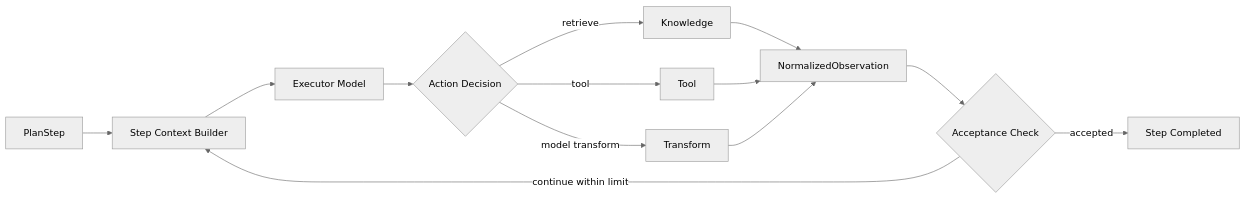
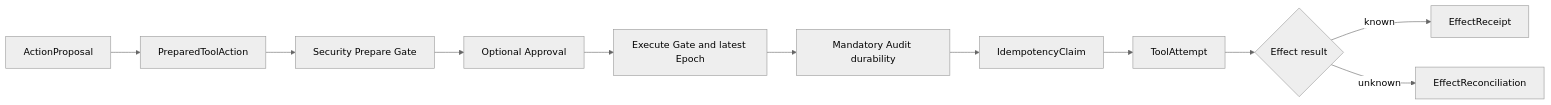
One commit to ProfessorZhi/Zuno changed the ninth of 30 diagrams in docs/architecture/architecture-views.md. Above: the diagram before and after it, drawn with Mermaid (neutral theme). The commit also changed other lines of this file and 14 other files, not shown here.

Commit message:
docs: align total architecture with canonical module designs

````diff
--- a/docs/architecture/architecture-views.md
+++ b/docs/architecture/architecture-views.md
@@ -163,11 +139,13 @@
 ```mermaid
 flowchart LR
-  Step[PlanStep] --> Prompt[Step Context Builder] --> Model[Executor Model]
-  Model --> Decision{Action Decision}
-  Decision -->|retrieve| Knowledge --> Obs[NormalizedObservation]
-  Decision -->|tool| Tool --> Obs
-  Decision -->|model transform| Transform --> Obs
-  Obs --> Check{Acceptance Check}
-  Check -->|accepted| Done[Step Completed]
-  Check -->|continue within limit| Prompt
+  AP[ActionProposal] --> PREP[PreparedToolAction]
+  PREP --> SG[Security Prepare Gate]
+  SG --> APPROVAL[Optional Approval]
+  APPROVAL --> EXEC[Execute Gate and latest Epoch]
+  EXEC --> AUDIT[Mandatory Audit durability]
+  AUDIT --> CLAIM[IdempotencyClaim]
+  CLAIM --> ATT[ToolAttempt]
+  ATT --> EFFECT{Effect result}
+  EFFECT -->|known| RECEIPT[EffectReceipt]
+  EFFECT -->|unknown| REC[EffectReconciliation]
 ```
````
